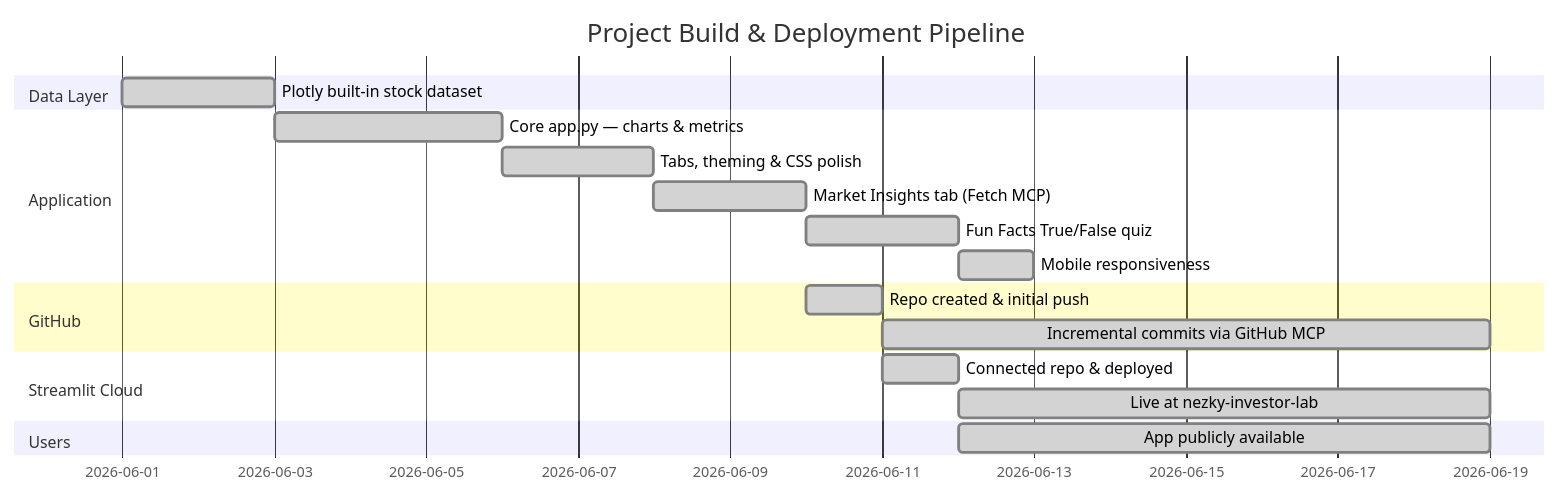
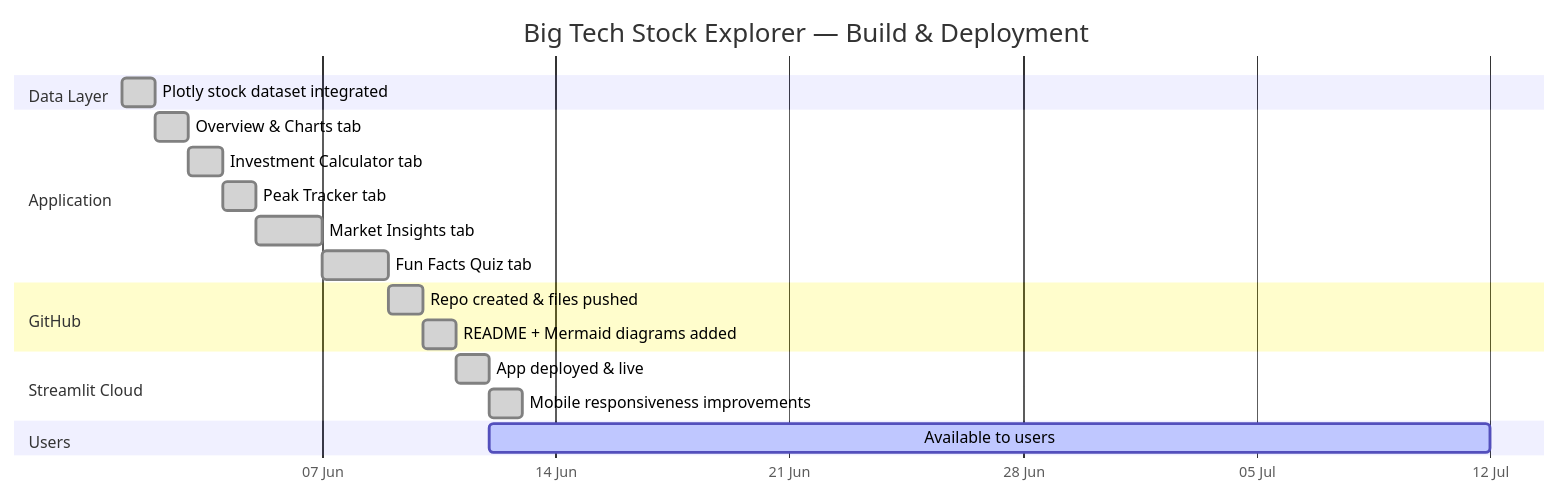
One commit to nezapodpeskar-dotcom/stock-explorer changed the third of 3 diagrams in README.md. Above: the diagram before and after it, drawn with Mermaid. The commit also changed other lines of this file, not shown here.

````diff
--- a/README.md
+++ b/README.md
@@ -87,21 +149,27 @@
 ```mermaid
 gantt
-    title Project Build & Deployment Pipeline
-    dateFormat YYYY-MM-DD
+    title Big Tech Stock Explorer — Build & Deployment
+    dateFormat  YYYY-MM-DD
+    axisFormat  %d %b
+
     section Data Layer
-        Plotly built-in stock dataset        :done, data,  2026-06-01, 2d
+    Plotly stock dataset integrated       :done, 2026-06-01, 1d
+
     section Application
-        Core app.py — charts & metrics       :done, app1,  2026-06-03, 3d
-        Tabs, theming & CSS polish           :done, app2,  after app1, 2d
-        Market Insights tab (Fetch MCP)      :done, app3,  after app2, 2d
-        Fun Facts True/False quiz            :done, app4,  after app3, 2d
-        Mobile responsiveness                :done, app5,  after app4, 1d
+    Overview & Charts tab                 :done, 2026-06-02, 1d
+    Investment Calculator tab             :done, 2026-06-03, 1d
+    Peak Tracker tab                      :done, 2026-06-04, 1d
+    Market Insights tab                   :done, 2026-06-05, 2d
+    Fun Facts Quiz tab                    :done, 2026-06-07, 2d
+
     section GitHub
-        Repo created & initial push          :done, gh1,   2026-06-10, 1d
-        Incremental commits via GitHub MCP   :done, gh2,   after gh1,  8d
+    Repo created & files pushed           :done, 2026-06-09, 1d
+    README + Mermaid diagrams added       :done, 2026-06-10, 1d
+
     section Streamlit Cloud
-        Connected repo & deployed            :done, sc1,   2026-06-11, 1d
-        Live at nezky-investor-lab           :done, sc2,   after sc1,  7d
+    App deployed & live                   :done, 2026-06-11, 1d
+    Mobile responsiveness improvements    :done, 2026-06-12, 1d
+
     section Users
-        App publicly available               :done, usr,   2026-06-12, 7d
+    Available to users                    :active, 2026-06-12, 30d
 ```
````
